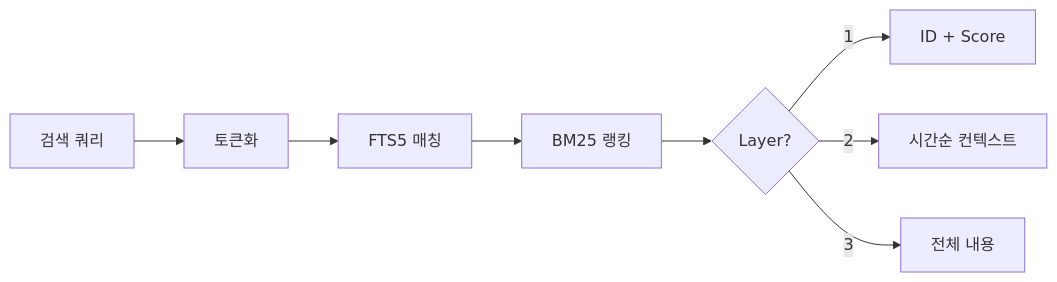
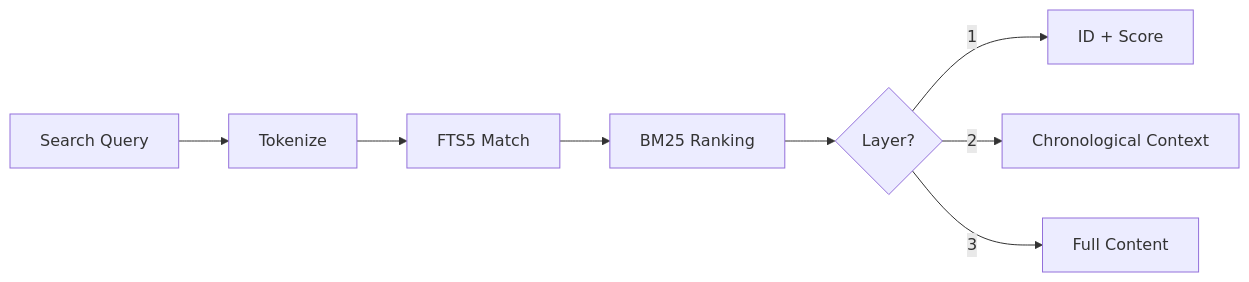
One commit to yeochul-jeon/ralph-mem changed the third of 10 diagrams in docs/ARCHITECTURE.md. Above: the diagram before and after it, drawn with Mermaid. The commit also changed other lines of this file and 26 other files, not shown here.

````diff
--- a/docs/ARCHITECTURE.md
+++ b/docs/ARCHITECTURE.md
@@ -145,10 +147,10 @@
 ```mermaid
 flowchart LR
-    Query[검색 쿼리] --> Tokenize[토큰화]
-    Tokenize --> FTS5[FTS5 매칭]
-    FTS5 --> Rank[BM25 랭킹]
+    Query[Search Query] --> Tokenize[Tokenize]
+    Tokenize --> FTS5[FTS5 Match]
+    FTS5 --> Rank[BM25 Ranking]
     Rank --> Layer{Layer?}
     Layer -->|1| Index[ID + Score]
-    Layer -->|2| Timeline[시간순 컨텍스트]
-    Layer -->|3| Full[전체 내용]
+    Layer -->|2| Timeline[Chronological Context]
+    Layer -->|3| Full[Full Content]
 ```
````
